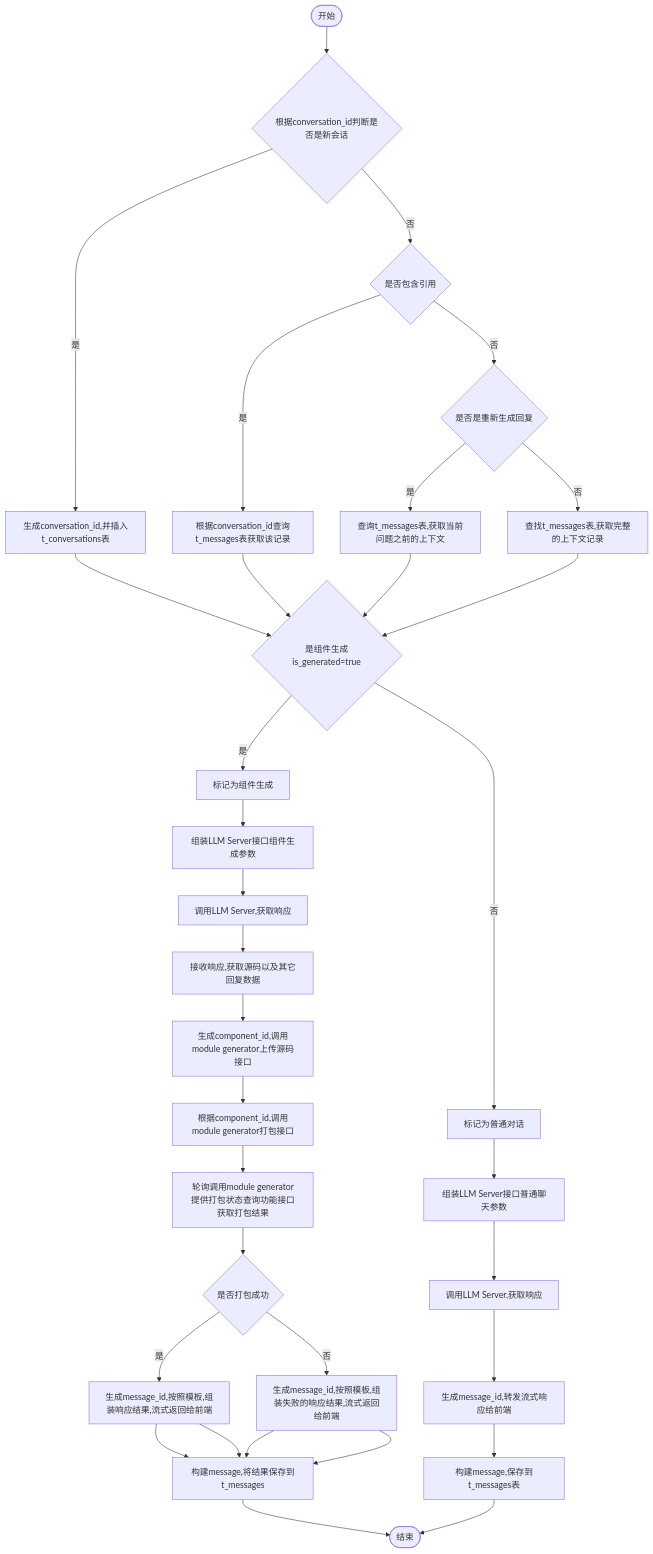
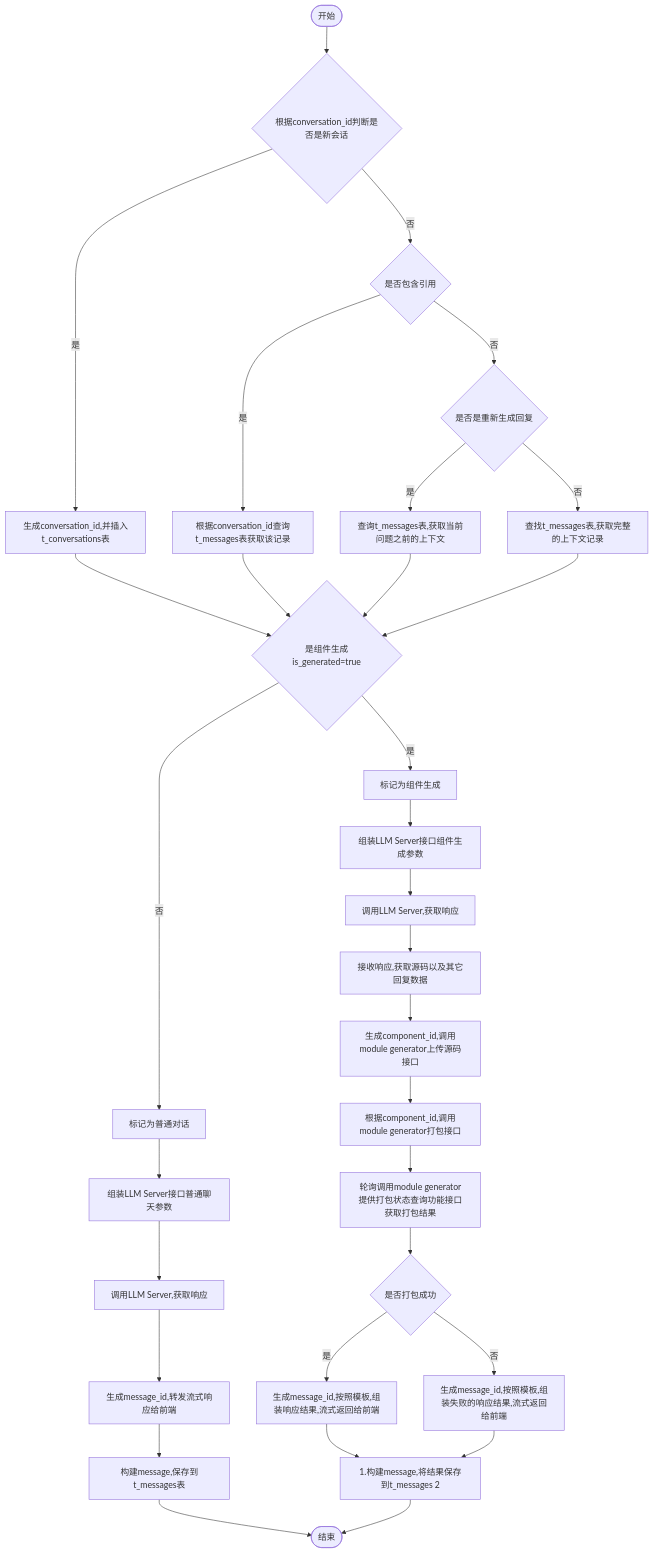
The diagram in all/v0.1.0会话.md (yingjianzh/iodraw-files), drawn with Mermaid before and after one commit.

Commit message:
2024-10-12 17:20:16 update

````diff
--- a/all/v0.1.0会话.md
+++ b/all/v0.1.0会话.md
@@ -1,35 +1,34 @@
 ```mermaid
 flowchart TD
     A([开始]) --> B{根据conversation_id判断是否是新会话}
     B -- 是 --> C[生成conversation_id,并插入t_conversations表]
     B -- 否 --> D{是否包含引用}
     D -- 是 --> E[根据conversation_id查询t_messages表获取该记录]
     D -- 否 --> F{是否是重新生成回复}
     F -- 是 --> G[查询t_messages表,获取当前问题之前的上下文]
     F -- 否 --> H[查找t_messages表,获取完整的上下文记录]
      
     C & E & G & H --> I{是组件生成is_generated=true}
     I -- 是 --> J[标记为组件生成]
     I -- 否 --> K[标记为普通对话]
 
     J --> L[组装LLM Server接口组件生成参数]    
     K --> M[组装LLM Server接口普通聊天参数]    
     M --> N[调用LLM Server,获取响应]    
     N --> O[生成message_id,转发流式响应给前端]
     O --> P[构建message,保存到t_messages表]
     P --> R([结束])
 
 
     L --> S[调用LLM Server,获取响应]
     S --> T[接收响应,获取源码以及其它回复数据]
     T --> U[生成component_id,调用module generator上传源码接口]
     U --> V[根据component_id,调用module generator打包接口]
     V --> W[轮询调用module generator提供打包状态查询功能接口获取打包结果]
     W --> X{是否打包成功}
     X -- 是 --> Y[生成message_id,按照模板,组装响应结果,流式返回给前端]
     X -- 否 --> Z[生成message_id,按照模板,组装失败的响应结果,流式返回给前端]
 
-    Y & Z --> Result[构建message,将结果保存到t_messages]
-    Y & Z --> Result[构建message,将结果保存到t_messages]
+    Y & Z --> Result[1.构建message,将结果保存到t_messages 2]
     Result --> R
 ```
````
